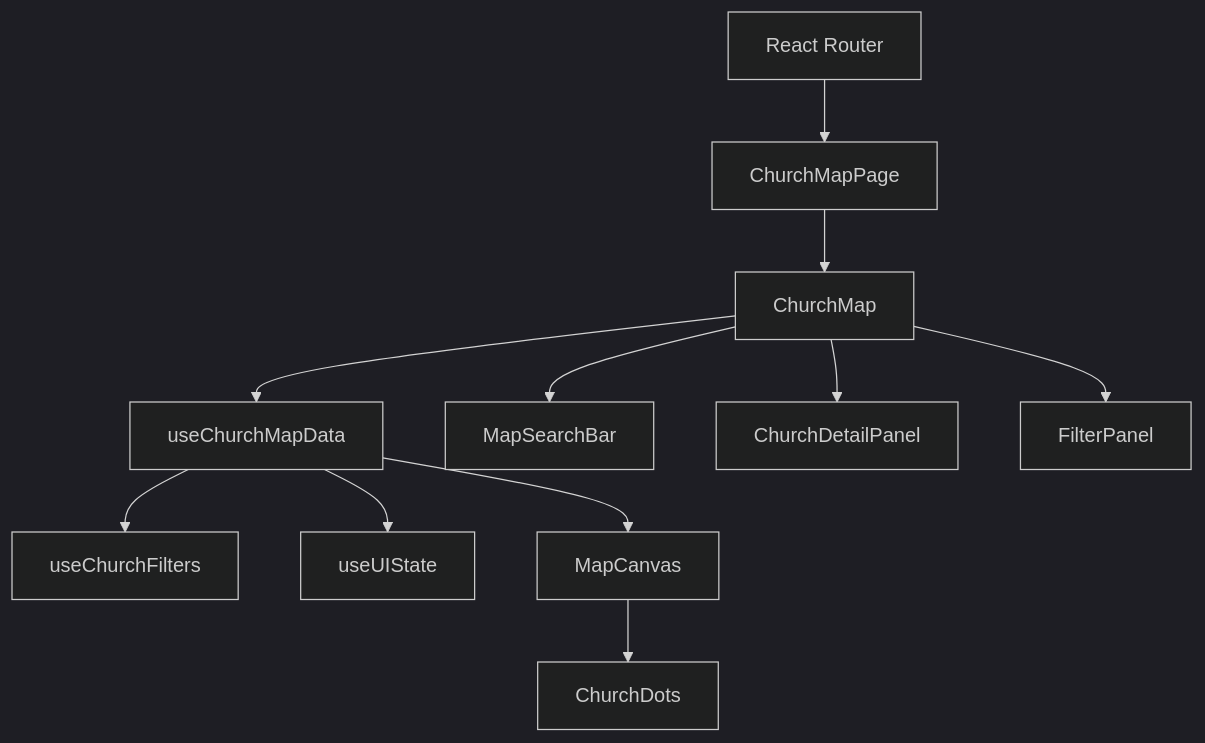
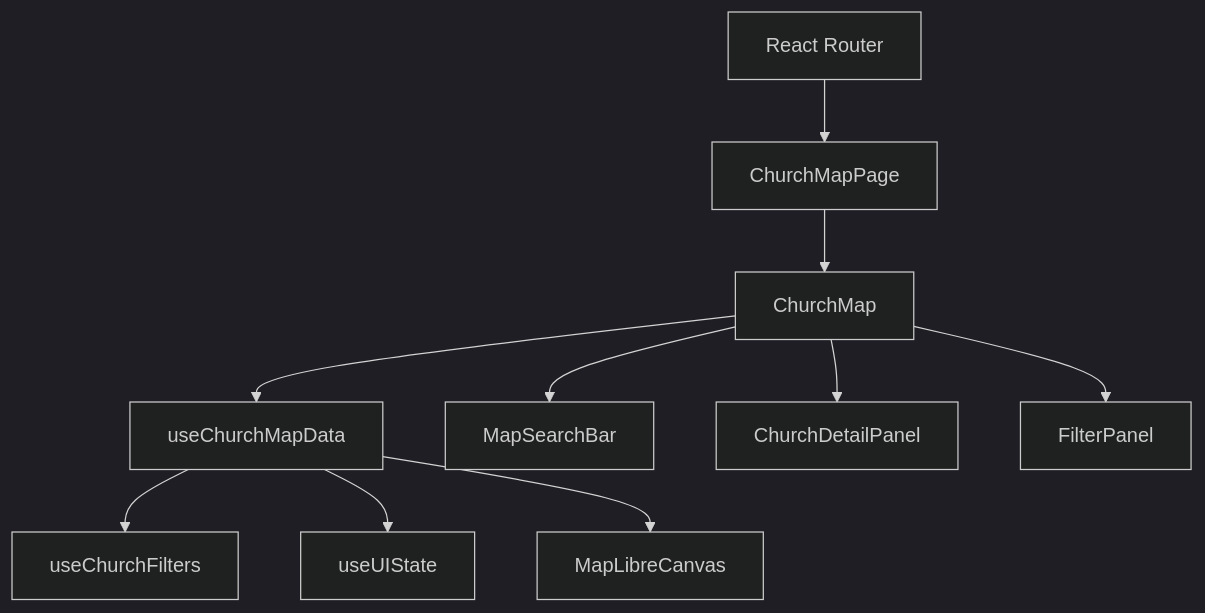
Before and after one commit to harvouscom/heresmychurch: the second of 2 diagrams in docs/ARCHITECTURE.md, drawn with Mermaid (dark theme). The commit also changed other lines of this file and 3 other files, not shown here.

First line of the commit message:
Update docs for the MapLibre map

````diff
--- a/docs/ARCHITECTURE.md
+++ b/docs/ARCHITECTURE.md
@@ -60,13 +60,12 @@
 ```mermaid
 flowchart TB
   Router[React Router] --> ChurchMapPage[ChurchMapPage]
   ChurchMapPage --> ChurchMap[ChurchMap]
   ChurchMap --> useChurchMapData[useChurchMapData]
   useChurchMapData --> useChurchFilters[useChurchFilters]
   useChurchMapData --> useUIState[useUIState]
-  useChurchMapData --> MapCanvas[MapCanvas]
-  MapCanvas --> ChurchDots[ChurchDots]
+  useChurchMapData --> MapLibreCanvas[MapLibreCanvas]
   ChurchMap --> MapSearchBar[MapSearchBar]
   ChurchMap --> ChurchDetailPanel[ChurchDetailPanel]
   ChurchMap --> FilterPanel[FilterPanel]
 ```
````
